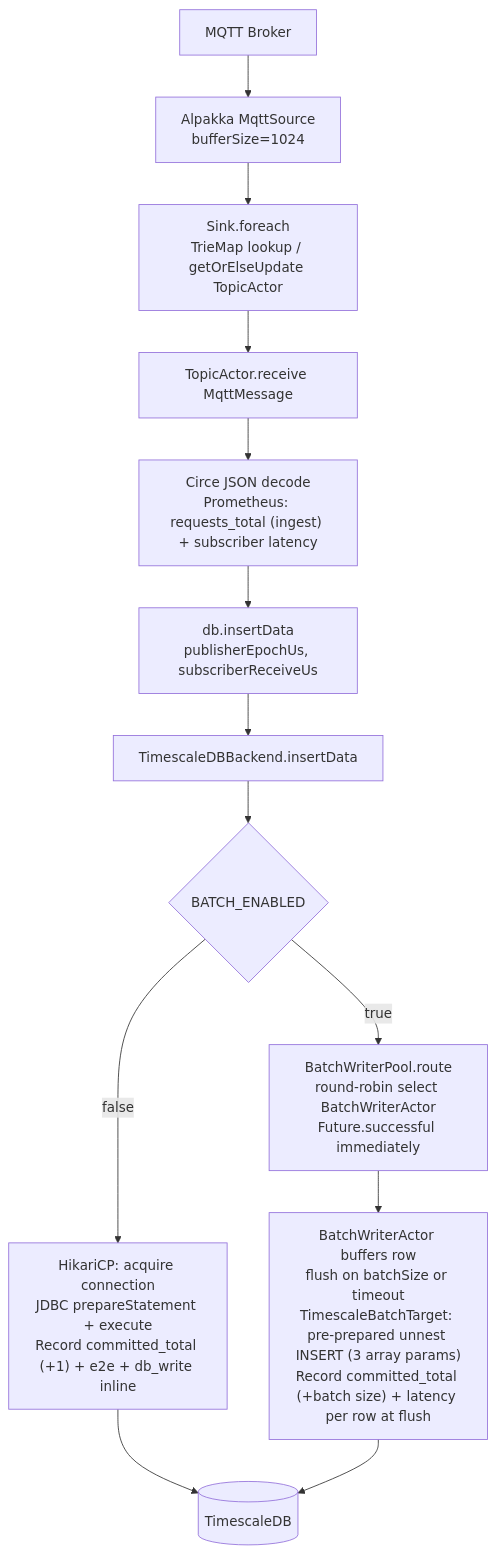
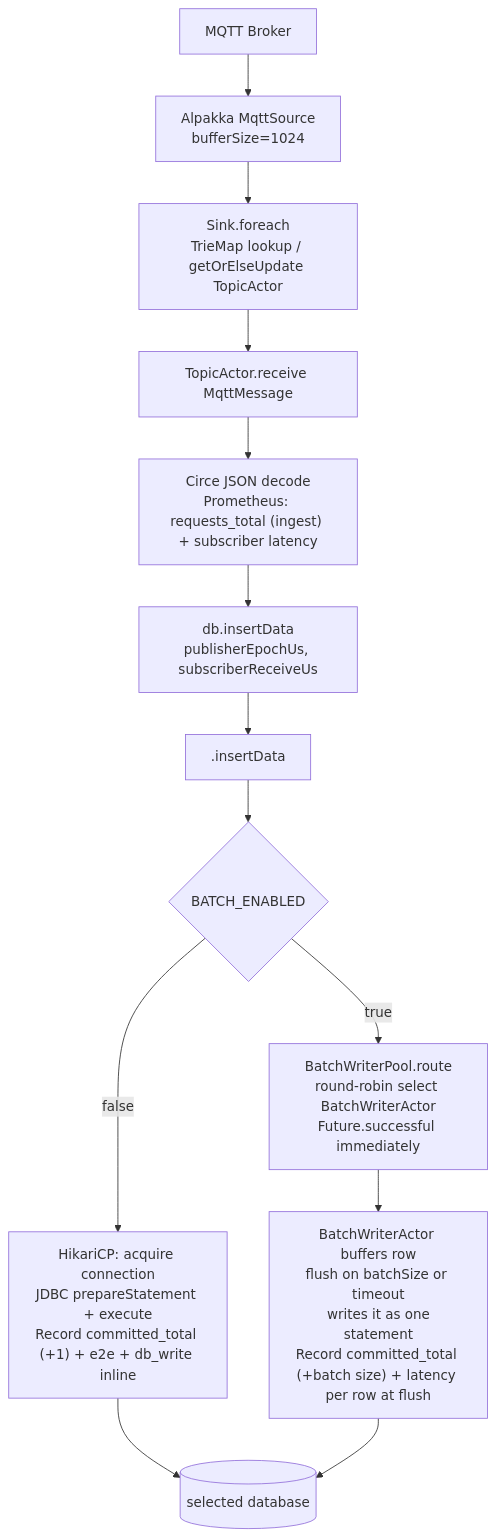
One commit to TomSpyropoulos/actor-scala changed the first of 3 diagrams in service-subscriber/README.md. Above: the diagram before and after it, drawn with Mermaid. The commit also changed other lines of this file and 10 other files, not shown here.

````diff
--- a/service-subscriber/README.md
+++ b/service-subscriber/README.md
@@ -21,15 +21,15 @@
 ```mermaid
 flowchart TD
     A[MQTT Broker] --> B["Alpakka MqttSource\nbufferSize=1024"]
     B --> C["Sink.foreach\nTrieMap lookup / getOrElseUpdate TopicActor"]
     C --> D[TopicActor.receive MqttMessage]
     D --> E["Circe JSON decode\nPrometheus: requests_total (ingest) + subscriber latency"]
     E --> F["db.insertData\npublisherEpochUs, subscriberReceiveUs"]
-    F --> G[TimescaleDBBackend.insertData]
+    F --> G["<active DatabaseBackend>.insertData"]
     G --> H{BATCH_ENABLED}
     H -->|false| I["HikariCP: acquire connection\nJDBC prepareStatement + execute\nRecord committed_total (+1) + e2e + db_write inline"]
     H -->|true| J["BatchWriterPool.route\nround-robin select BatchWriterActor\nFuture.successful immediately"]
-    I --> K[(TimescaleDB)]
-    J --> L["BatchWriterActor buffers row\nflush on batchSize or timeout\nTimescaleBatchTarget: pre-prepared unnest INSERT (3 array params)\nRecord committed_total (+batch size) + latency per row at flush"]
+    I --> K[(selected database)]
+    J --> L["BatchWriterActor buffers row\nflush on batchSize or timeout\n<active BatchTarget> writes it as one statement\nRecord committed_total (+batch size) + latency per row at flush"]
     L --> K
 ```
````
